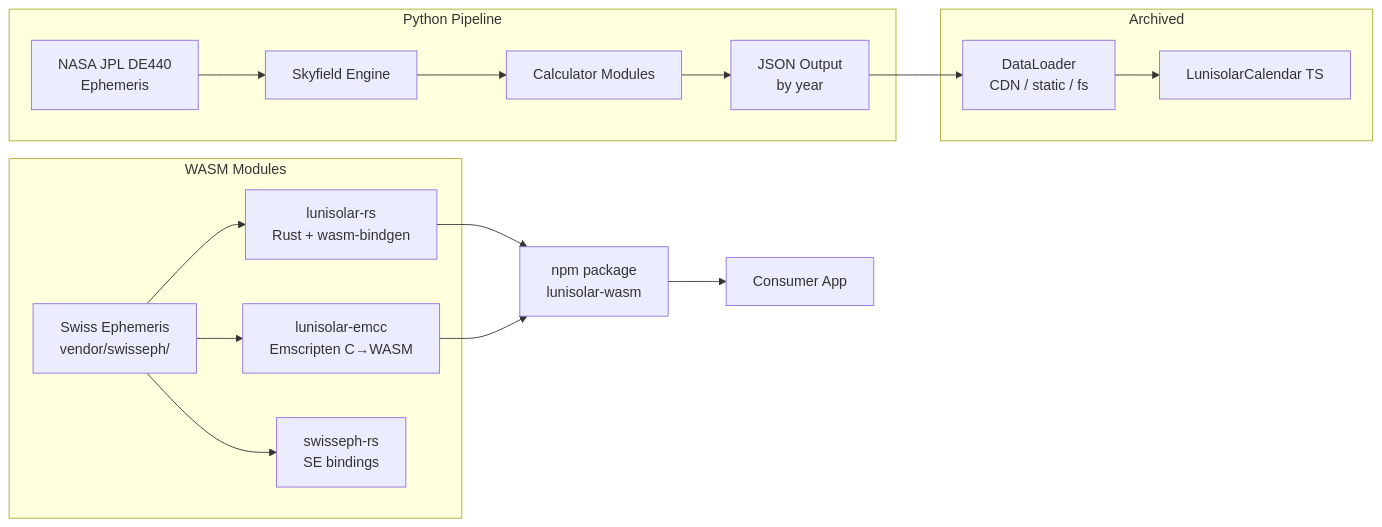
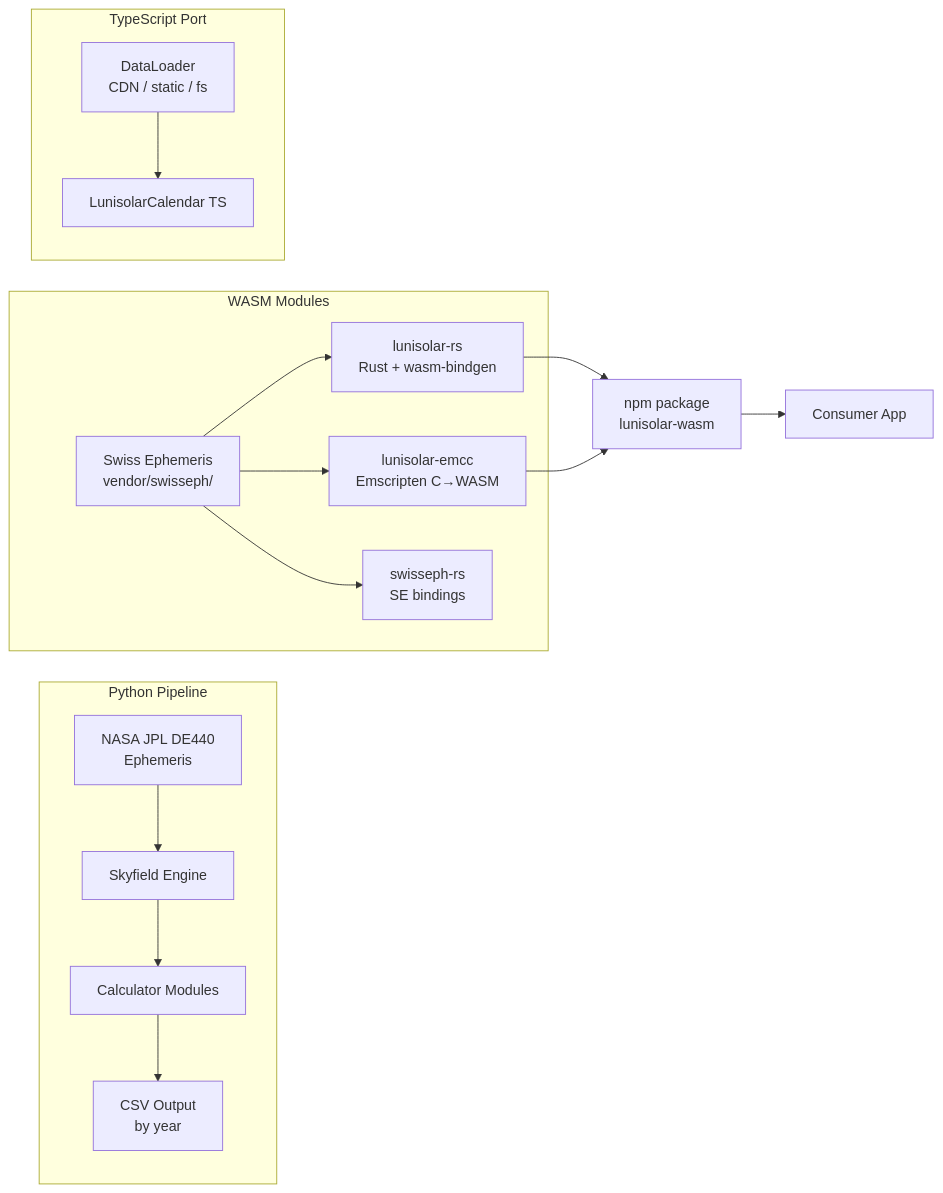
The first of 12 diagrams in ARCHITECTURE.md (huydhoang/lunisolar-calendar), drawn with Mermaid before and after one commit. The commit also changed other lines of this file and 692 other files, not shown here.

Commit message:
Restructure repository: rename wasm/→ports/, move archive/pkg-ts/→ports/lunisolar-ts/, rename data/→lunisolar-python/, remove output/json/

````diff
--- a/ARCHITECTURE.md
+++ b/ARCHITECTURE.md
@@ -9,24 +9,24 @@
 ```mermaid
 graph LR
     subgraph Python Pipeline
         A[NASA JPL DE440<br/>Ephemeris] --> B[Skyfield Engine]
         B --> C[Calculator Modules]
-        C --> D[JSON Output<br/>by year]
+        C --> D[CSV Output<br/>by year]
     end
 
     subgraph WASM Modules
         SE[Swiss Ephemeris<br/>vendor/swisseph/] --> RS[lunisolar-rs<br/>Rust + wasm-bindgen]
         SE --> EMCC[lunisolar-emcc<br/>Emscripten C→WASM]
         SE --> SRS[swisseph-rs<br/>SE bindings]
     end
 
     RS --> PKG[npm package<br/>lunisolar-wasm]
     EMCC --> PKG
 
-    subgraph Archived
-        D --> E[DataLoader<br/>CDN / static / fs]
+    subgraph TypeScript Port
+        E[DataLoader<br/>CDN / static / fs]
         E --> F[LunisolarCalendar TS]
     end
 
     PKG --> H[Consumer App]
 ```
````
